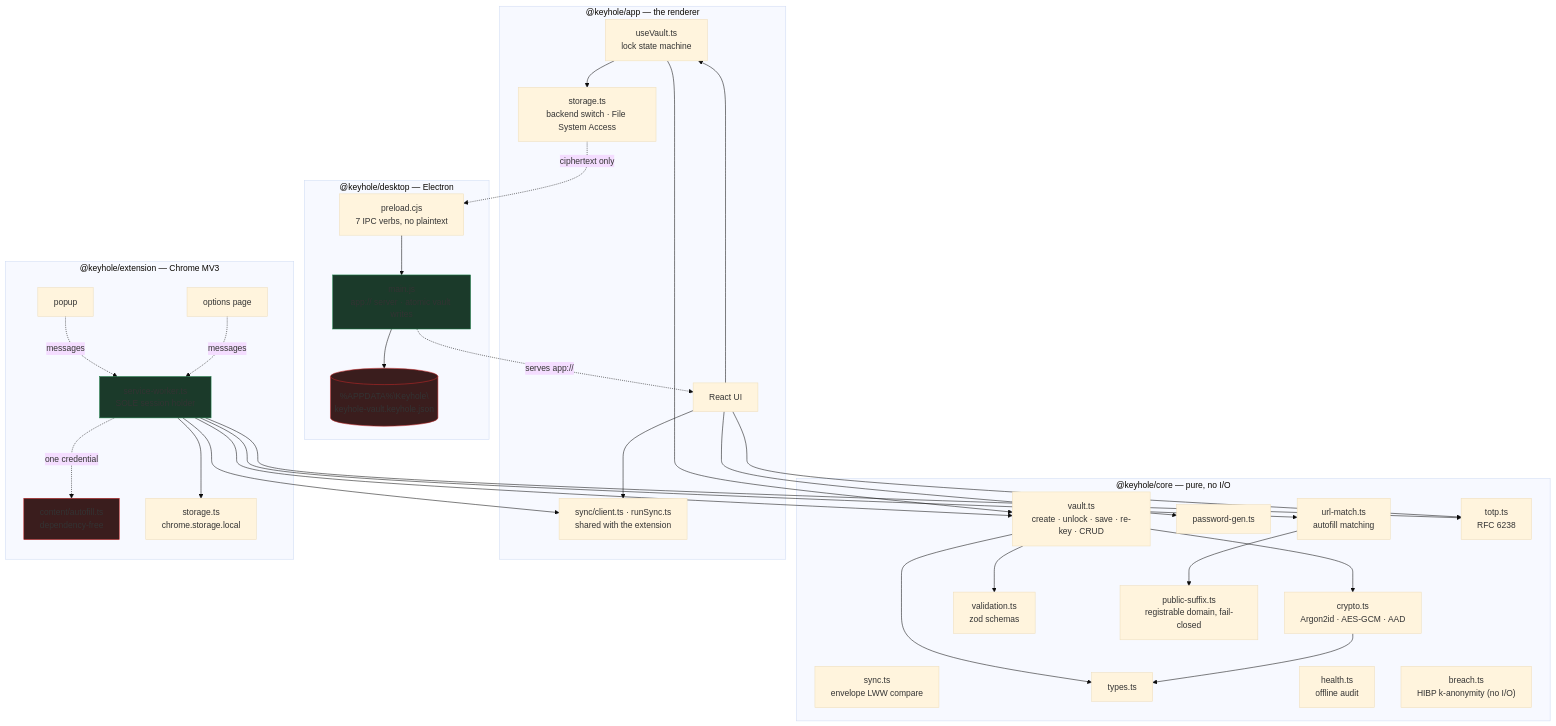
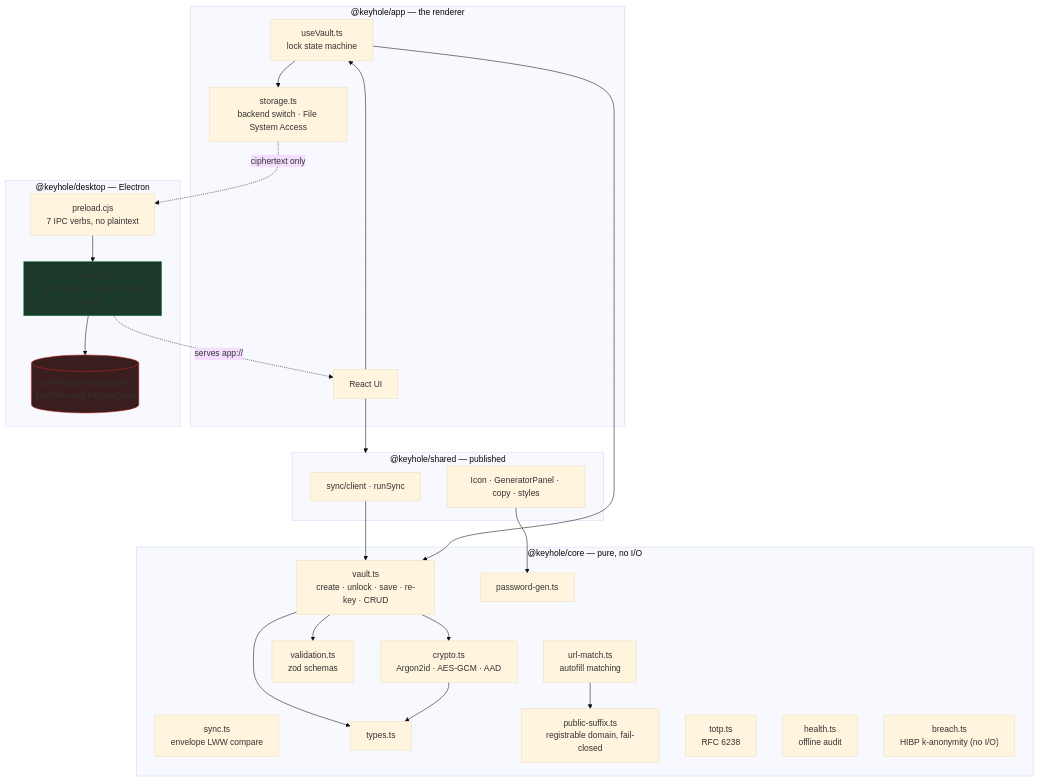
One commit to m1hung/KeyHole changed the first of 6 diagrams in ARCHITECTURE.md. Above: the diagram before and after it, drawn with Mermaid (base theme). The commit also changed other lines of this file and 174 other files, not shown here.

First line of the commit message:
Split the monorepo into keyhole-desktop with publishable core and shared packages.

````diff
--- a/ARCHITECTURE.md
+++ b/ARCHITECTURE.md
@@ -5,70 +10,55 @@
 ```mermaid
 graph TD
   subgraph core["@keyhole/core — pure, no I/O"]
     crypto["crypto.ts<br/>Argon2id · AES-GCM · AAD"]
     vault["vault.ts<br/>create · unlock · save · re-key · CRUD"]
     sync["sync.ts<br/>envelope LWW compare"]
     types["types.ts"]
     validation["validation.ts<br/>zod schemas"]
     gen["password-gen.ts"]
     urlmatch["url-match.ts<br/>autofill matching"]
     psl["public-suffix.ts<br/>registrable domain, fail-closed"]
     totp["totp.ts<br/>RFC 6238"]
     health["health.ts<br/>offline audit"]
     breach["breach.ts<br/>HIBP k-anonymity (no I/O)"]
   end
 
+  subgraph sharedPkg["@keyhole/shared — published"]
+    syncClient["sync/client · runSync"]
+    sharedUI["Icon · GeneratorPanel · copy · styles"]
+  end
+
   subgraph app["@keyhole/app — the renderer"]
     useVault["useVault.ts<br/>lock state machine"]
     appStorage["storage.ts<br/>backend switch · File System Access"]
     appUI["React UI"]
-    syncClient["sync/client.ts · runSync.ts<br/>shared with the extension"]
   end
 
   subgraph desktop["@keyhole/desktop — Electron"]
     main["main.js<br/>app:// server · atomic vault writes"]
     preload["preload.cjs<br/>7 IPC verbs, no plaintext"]
-    vaultFile[("%APPDATA%\Keyhole\<br/>keyhole-vault.keyhole.json")]
-  end
-
-  subgraph ext["@keyhole/extension — Chrome MV3"]
-    sw["service-worker.ts<br/>SOLE session holder"]
-    popup["popup"]
-    options["options page"]
-    content["content/autofill.ts<br/>dependency-free"]
-    extStorage["storage.ts<br/>chrome.storage.local"]
+    vaultFile[("%APPDATA%\\Keyhole\\<br/>keyhole-vault.keyhole.json")]
   end
 
   vault --> crypto
   vault --> validation
   vault --> types
   crypto --> types
 
+  syncClient --> vault
+  sharedUI --> gen
   useVault --> vault
   useVault --> appStorage
   appUI --> useVault
-  appUI --> gen
-  appUI --> totp
-  appUI --> syncClient
+  appUI --> sharedPkg
 
   appStorage -.ciphertext only.-> preload
   preload --> main
   main --> vaultFile
   main -.serves app:// .-> appUI
 
   urlmatch --> psl
 
-  sw --> vault
-  sw --> urlmatch
-  sw --> totp
-  sw --> extStorage
-  sw --> syncClient
-  popup -.messages.-> sw
-  options -.messages.-> sw
-  sw -.one credential.-> content
-
-  style content fill:#3a1d1d,stroke:#c62828
-  style sw fill:#1b3a2a,stroke:#1b7f47
   style main fill:#1b3a2a,stroke:#1b7f47
   style vaultFile fill:#3a1d1d,stroke:#c62828
 ```
````
